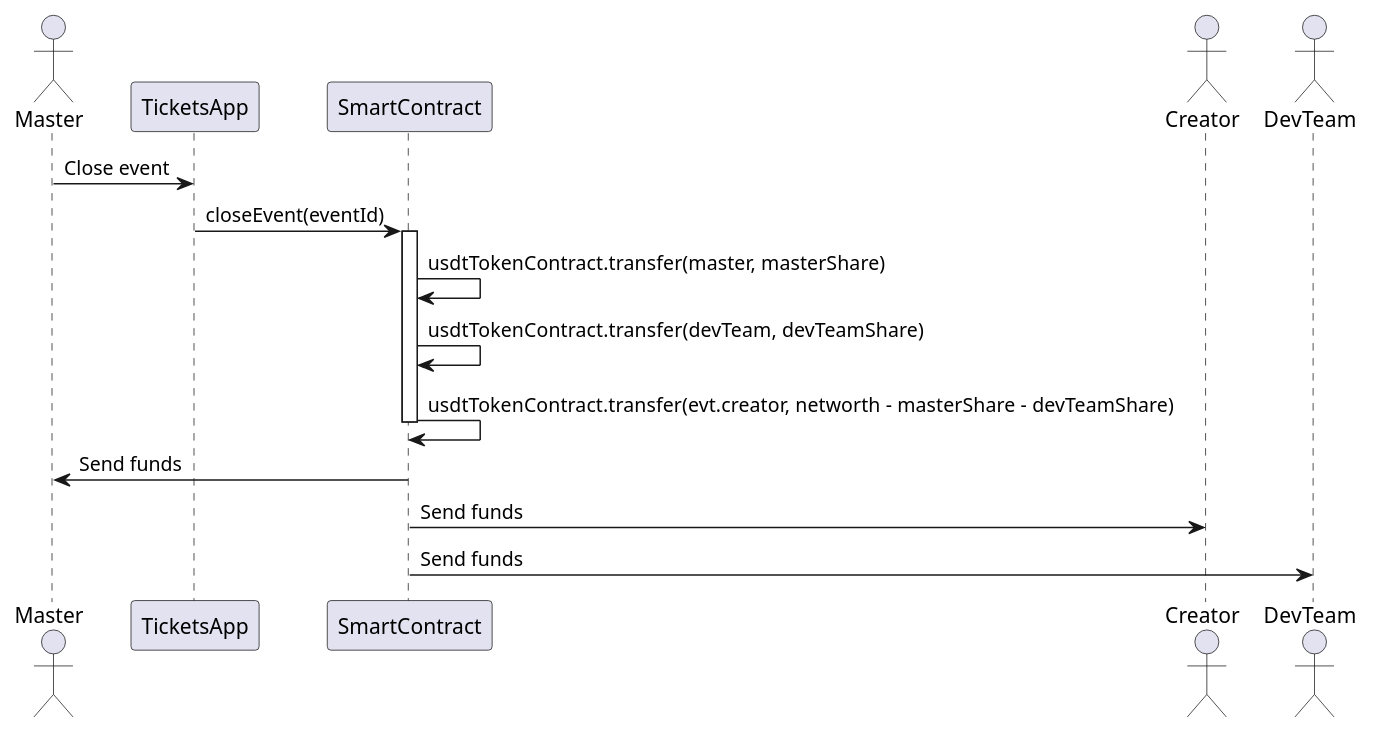
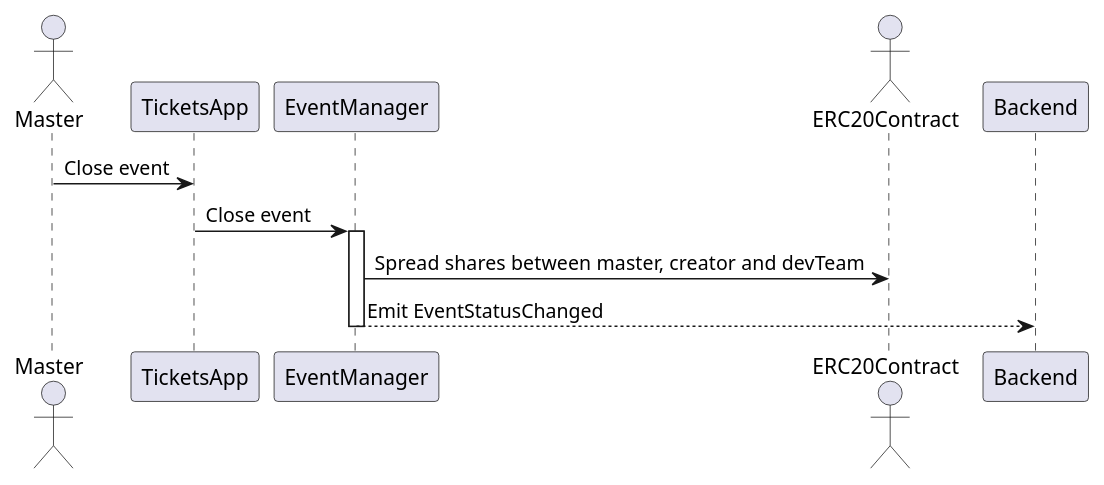
One commit to ai-shift/cyber-valley-tickets changed diagram 16 of 24 in README.org. Above: the diagram before and after it, drawn with PlantUML. The commit also changed other lines of this file and 20 other files, not shown here.

Commit message:
fix: Actualize diagrams

```diff
--- a/README.org
+++ b/README.org
@@ -452,18 +406,14 @@
 #+begin_src plantuml :file ./img/close-event.png
 actor Master
 participant TicketsApp
-participant SmartContract
-actor Creator
-actor DevTeam
+participant EventManager
+actor ERC20Contract
+participant Backend
 
 Master -> TicketsApp: Close event
-TicketsApp -> SmartContract: closeEvent(eventId)
-activate SmartContract
-SmartContract -> SmartContract: usdtTokenContract.transfer(master, masterShare)
-SmartContract -> SmartContract: usdtTokenContract.transfer(devTeam, devTeamShare)
-SmartContract -> SmartContract: usdtTokenContract.transfer(evt.creator, networth - masterShare - devTeamShare)
-deactivate SmartContract
-SmartContract -> Master: Send funds
-SmartContract -> Creator: Send funds
-SmartContract -> DevTeam: Send funds
+TicketsApp -> EventManager: Close event
+activate EventManager
+  EventManager -> ERC20Contract: Spread shares between master, creator and devTeam
+  EventManager --> Backend: Emit EventStatusChanged
+deactivate EventManager
 #+end_src
```
